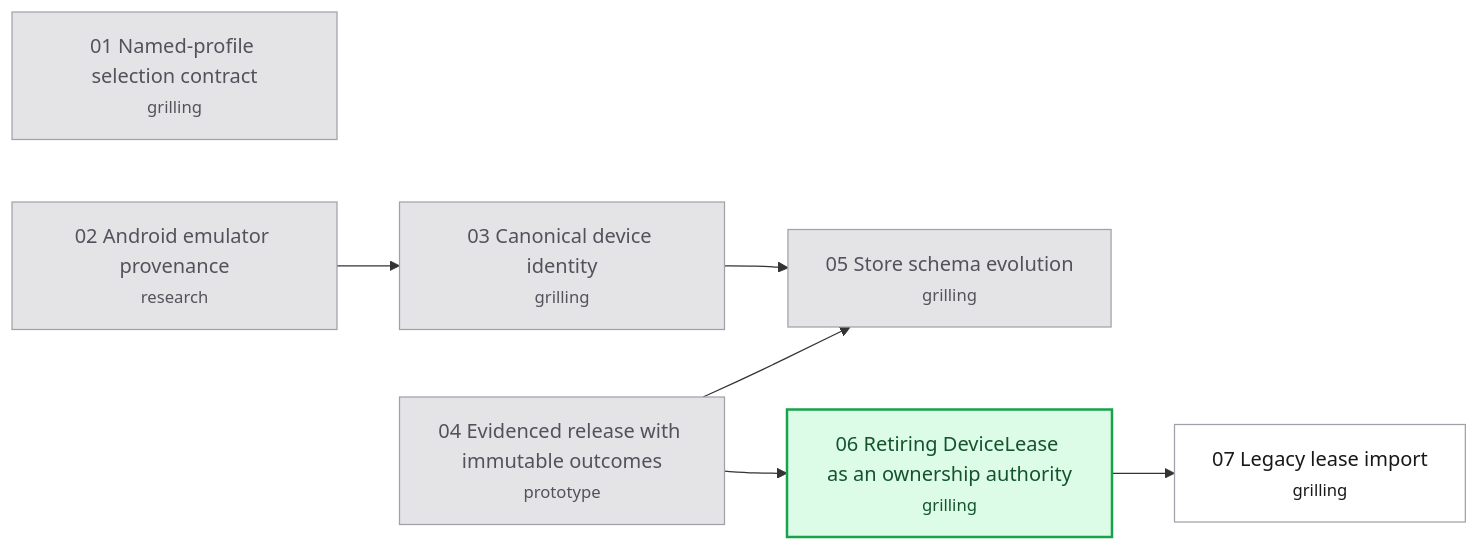
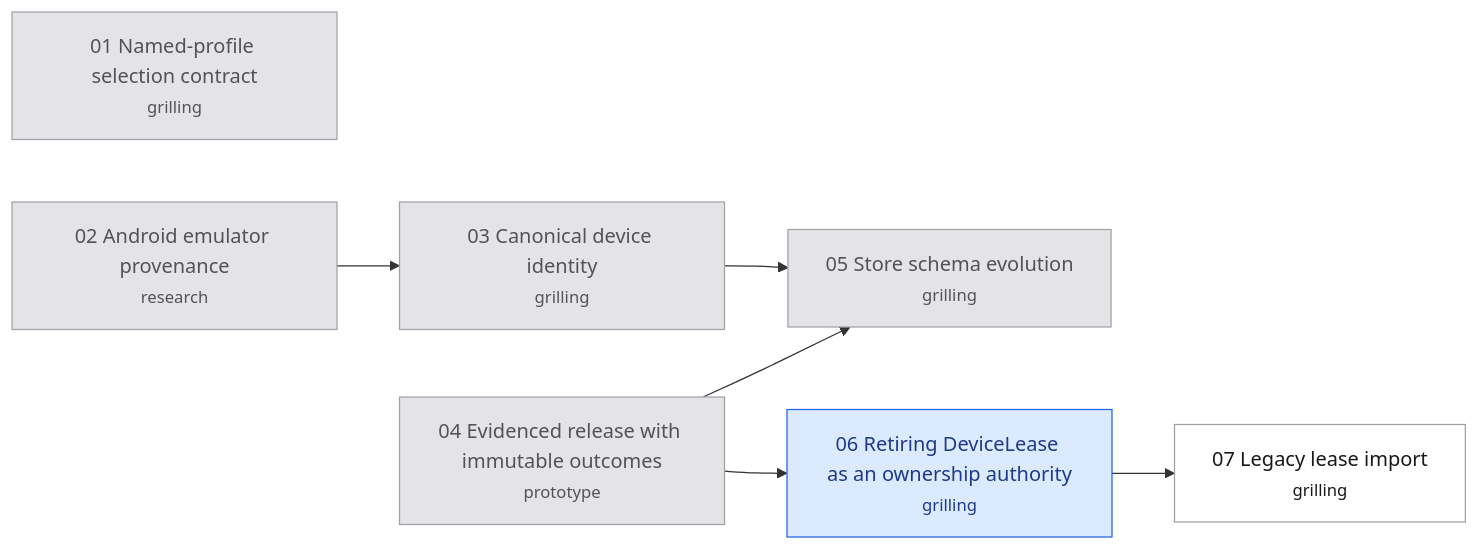
Before and after one commit to hugues-vnsgn/jev-ios-bridge: the diagram in .scratch/appium-phase2/map.md, drawn with Mermaid. The commit also changed 1 other file, not shown here.

Commit message:
Claim Retiring DeviceLease as an ownership authority

````diff
--- a/.scratch/appium-phase2/map.md
+++ b/.scratch/appium-phase2/map.md
@@ -42,22 +42,22 @@
 ```mermaid
 flowchart LR
     T01["01 Named-profile selection contract<br/><small>grilling</small>"]
     T02["02 Android emulator provenance<br/><small>research</small>"]
     T03["03 Canonical device identity<br/><small>grilling</small>"]
     T04["04 Evidenced release with immutable outcomes<br/><small>prototype</small>"]
     T05["05 Store schema evolution<br/><small>grilling</small>"]
     T06["06 Retiring DeviceLease as an ownership authority<br/><small>grilling</small>"]
     T07["07 Legacy lease import<br/><small>grilling</small>"]
     T02 --> T03
     T03 --> T05
     T04 --> T05
     T04 --> T06
     T06 --> T07
     classDef resolved fill:#e4e4e7,stroke:#a1a1aa,color:#52525b
     classDef claimed fill:#dbeafe,stroke:#2563eb,color:#1e3a8a
     classDef frontier fill:#dcfce7,stroke:#16a34a,color:#14532d,stroke-width:2px
     classDef blocked fill:#ffffff,stroke:#a1a1aa,color:#18181b
     class T01,T02,T03,T04,T05 resolved
-    class T06 frontier
+    class T06 claimed
     class T07 blocked
 ```
````
